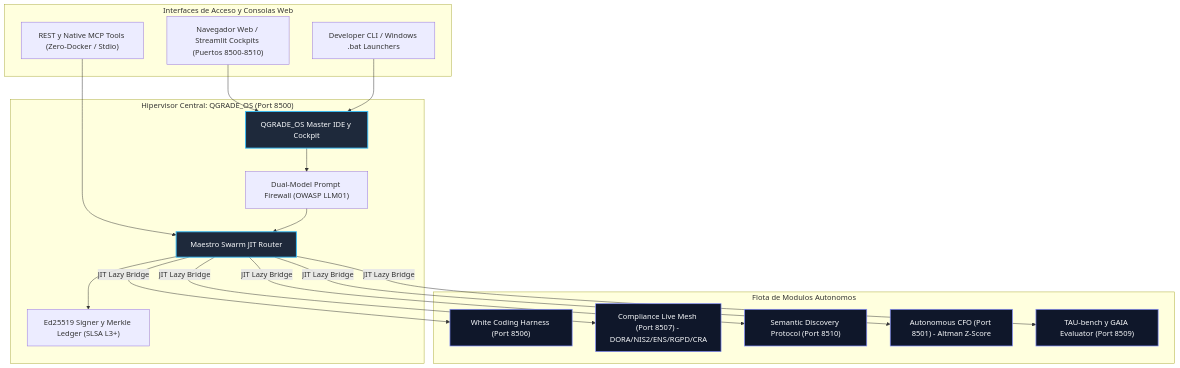
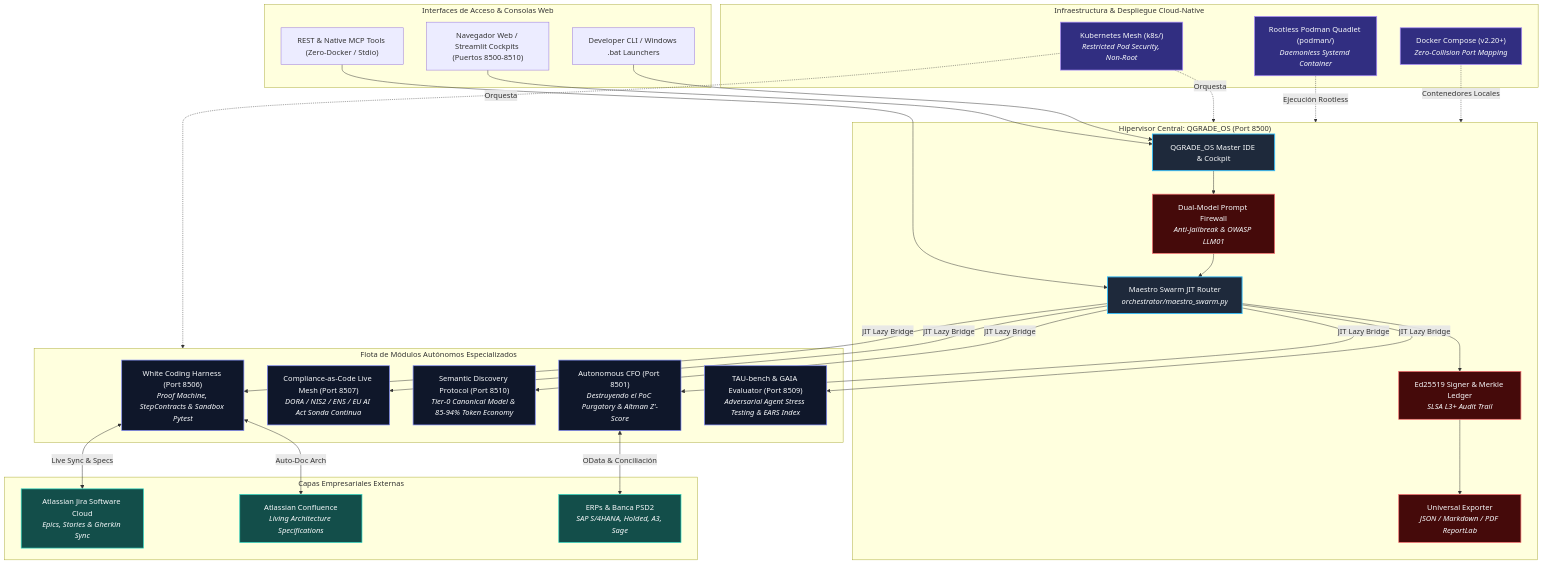
One commit to Tardigrado-76/Capgemini changed the first of 2 diagrams in README.md. Above: the diagram before and after it, drawn with Mermaid. The commit also changed other lines of this file and 6 other files, not shown here.

Commit message:
docs(shared): root README and shared_quantigrade 169 tests and regulatory compliance

````diff
--- a/README.md
+++ b/README.md
@@ -27,42 +27,72 @@
 ```mermaid
 graph TD
-    classDef cockpit fill:#1E293B,stroke:#38BDF8,stroke-width:2px,color:#F8FAFC;
-    classDef satellite fill:#0F172A,stroke:#818CF8,stroke-width:1.5px,color:#F8FAFC;
-    classDef enterprise fill:#134E4A,stroke:#2DD4BF,stroke-width:1.5px,color:#F8FAFC;
+ classDef cockpit fill:#1E293B,stroke:#38BDF8,stroke-width:2px,color:#F8FAFC;
+ classDef satellite fill:#0F172A,stroke:#818CF8,stroke-width:1.5px,color:#F8FAFC;
+ classDef enterprise fill:#134E4A,stroke:#2DD4BF,stroke-width:1.5px,color:#F8FAFC;
+ classDef infra fill:#312E81,stroke:#A78BFA,stroke-width:1.5px,color:#F8FAFC;
+ classDef security fill:#450A0A,stroke:#F87171,stroke-width:1.5px,color:#F8FAFC;
 
-    subgraph ClientLayer ["Interfaces de Acceso y Consolas Web"]
-        WEB["Navegador Web / Streamlit Cockpits (Puertos 8500-8510)"]
-        CLI["Developer CLI / Windows .bat Launchers"]
-        API["REST y Native MCP Tools (Zero-Docker / Stdio)"]
-    end
+ subgraph ClientLayer ["Interfaces de Acceso & Consolas Web"]
+ WEB["Navegador Web / Streamlit Cockpits (Puertos 8500-8510)"]
+ CLI["Developer CLI / Windows .bat Launchers"]
+ API["REST & Native MCP Tools (Zero-Docker / Stdio)"]
+ end
 
-    subgraph Maestro ["Hipervisor Central: QGRADE_OS (Port 8500)"]
-        QG["QGRADE_OS Master IDE y Cockpit"]
-        SWARM["Maestro Swarm JIT Router"]
-        FW["Dual-Model Prompt Firewall (OWASP LLM01)"]
-        ED["Ed25519 Signer y Merkle Ledger (SLSA L3+)"]
-    end
+ subgraph Maestro ["Hipervisor Central: QGRADE_OS (Port 8500)"]
+ QG["QGRADE_OS Master IDE & Cockpit"]
+ SWARM["Maestro Swarm JIT Router<br/><i>orchestrator/maestro_swarm.py</i>"]
+ FW["Dual-Model Prompt Firewall<br/><i>Anti-Jailbreak & OWASP LLM01</i>"]
+ ED["Ed25519 Signer & Merkle Ledger<br/><i>SLSA L3+ Audit Trail</i>"]
+ EXP["Universal Exporter<br/><i>JSON / Markdown / PDF ReportLab</i>"]
+ end
 
-    subgraph Satellites ["Flota de Modulos Autonomos"]
-        WCH["White Coding Harness (Port 8506)"]
-        CMP["Compliance Live Mesh (Port 8507) - DORA/NIS2/ENS/RGPD/CRA"]
-        SDP["Semantic Discovery Protocol (Port 8510)"]
-        CFO["Autonomous CFO (Port 8501) - Altman Z-Score"]
-        TAU["TAU-bench y GAIA Evaluator (Port 8509)"]
-    end
+ subgraph Satellites ["Flota de Módulos Autónomos Especializados"]
+ WCH["White Coding Harness (Port 8506)<br/><i>Proof Machine, StepContracts & Sandbox Pytest</i>"]
+ CMP["Compliance-as-Code Live Mesh (Port 8507)<br/><i>DORA / NIS2 / ENS / EU AI Act Sonda Continua</i>"]
+ SDP["Semantic Discovery Protocol (Port 8510)<br/><i>Tier-0 Canonical Model & 85-94% Token Economy</i>"]
+ CFO["Autonomous CFO (Port 8501)<br/><i>Destruyendo el PoC Purgatory & Altman Z'-Score</i>"]
+ TAU["TAU-bench & GAIA Evaluator (Port 8509)<br/><i>Adversarial Agent Stress Testing & EARS Index</i>"]
+ end
 
-    WEB --> QG
-    CLI --> QG
-    API --> SWARM
-    QG --> FW
-    FW --> SWARM
-    SWARM --> ED
-    SWARM -->|JIT Lazy Bridge| WCH
-    SWARM -->|JIT Lazy Bridge| CMP
-    SWARM -->|JIT Lazy Bridge| SDP
-    SWARM -->|JIT Lazy Bridge| CFO
-    SWARM -->|JIT Lazy Bridge| TAU
+ subgraph EnterpriseBridge ["Capas Empresariales Externas"]
+ JIRA["Atlassian Jira Software Cloud<br/><i>Epics, Stories & Gherkin Sync</i>"]
+ CONF["Atlassian Confluence<br/><i>Living Architecture Specifications</i>"]
+ ERPS["ERPs & Banca PSD2<br/><i>SAP S/4HANA, Holded, A3, Sage</i>"]
+ end
 
-    class QG,SWARM cockpit;
-    class WCH,CMP,SDP,CFO,TAU satellite;
+ subgraph InfraMesh ["Infraestructura & Despliegue Cloud-Native"]
+ K8S["Kubernetes Mesh (k8s/)<br/><i>Restricted Pod Security, Non-Root</i>"]
+ PODMAN["Rootless Podman Quadlet (podman/)<br/><i>Daemonless Systemd Container</i>"]
+ DOCKER["Docker Compose (v2.20+)<br/><i>Zero-Collision Port Mapping</i>"]
+ end
+
+ WEB --> QG
+ CLI --> QG
+ API --> SWARM
+
+ QG --> FW
+ FW --> SWARM
+ SWARM --> ED
+ ED --> EXP
+
+ SWARM -->|JIT Lazy Bridge| WCH
+ SWARM -->|JIT Lazy Bridge| CMP
+ SWARM -->|JIT Lazy Bridge| SDP
+ SWARM -->|JIT Lazy Bridge| CFO
+ SWARM -->|JIT Lazy Bridge| TAU
+
+ WCH <-->|Live Sync & Specs| JIRA
+ WCH <-->|Auto-Doc Arch| CONF
+ CFO <-->|OData & Conciliación| ERPS
+
+ K8S -.->|Orquesta| Maestro
+ K8S -.->|Orquesta| Satellites
+ PODMAN -.->|Ejecución Rootless| Maestro
+ DOCKER -.->|Contenedores Locales| Maestro
+
+ class QG,SWARM cockpit;
+ class WCH,CMP,SDP,CFO,TAU satellite;
+ class JIRA,CONF,ERPS enterprise;
+ class K8S,PODMAN,DOCKER infra;
+ class FW,ED,EXP security;
 ```
````
